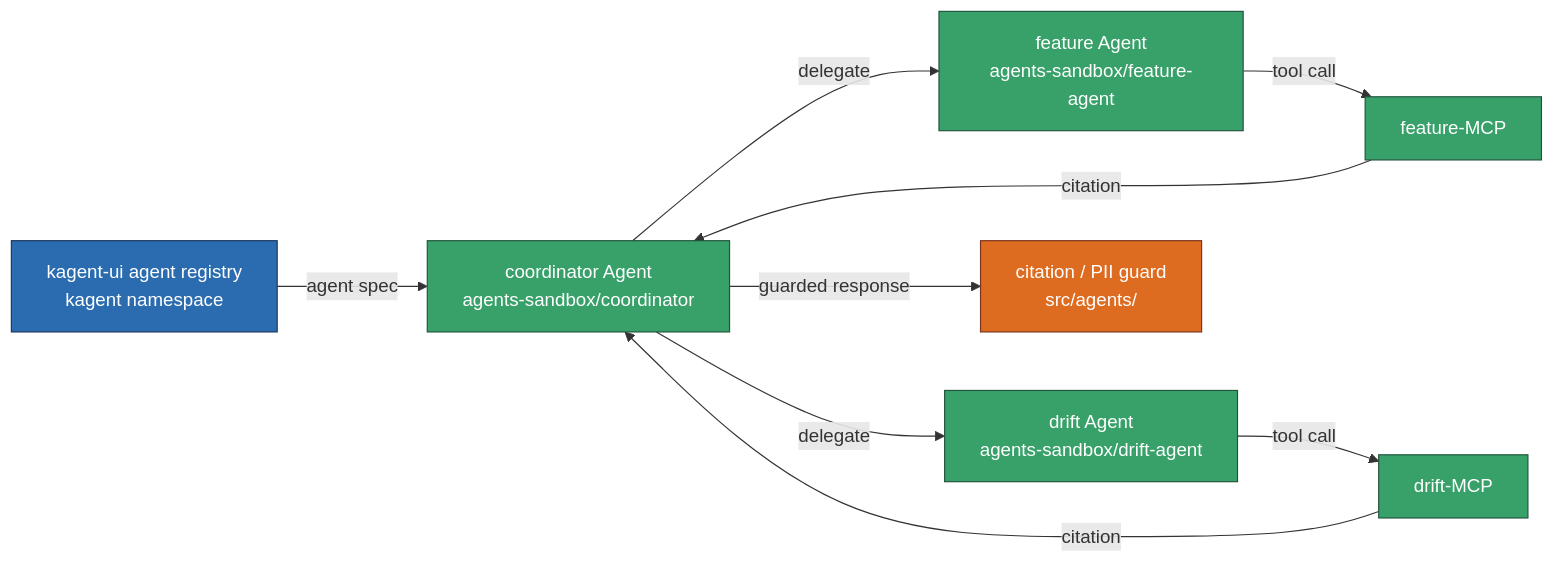
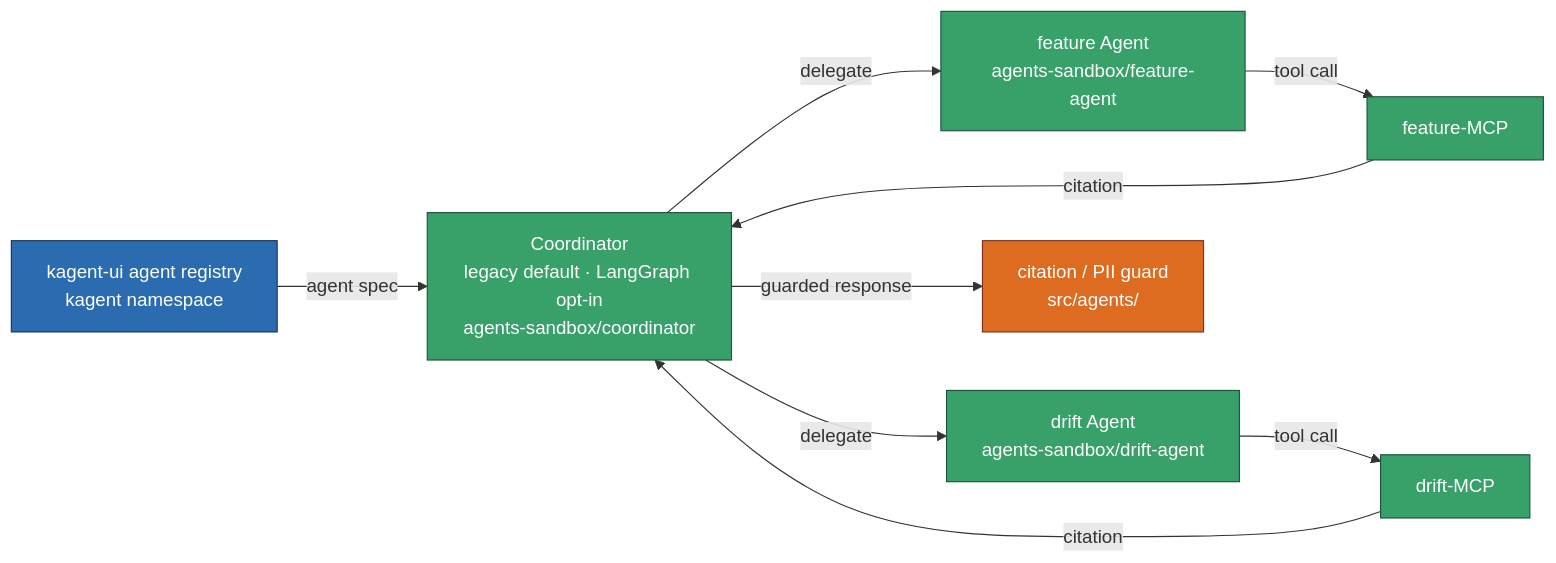
Before and after one commit to emanhthangngot/Financial-Distress-Data: the diagram in docs/architecture/subsystem-04-agent-plane.mmd, drawn with Mermaid. The commit also changed 413 other files, not shown here.

```diff
--- a/docs/architecture/subsystem-04-agent-plane.mmd
+++ b/docs/architecture/subsystem-04-agent-plane.mmd
@@ -1,25 +1,25 @@
 %% Subsystem 4 — agent plane. Nodes trace to the kagent namespace and
 %% agents-sandbox namespace (coordinator, feature-agent, drift-agent pods).
 flowchart LR
     classDef edge fill:#2b6cb0,stroke:#1a365d,color:#fff
     classDef service fill:#38a169,stroke:#22543d,color:#fff
     classDef store fill:#805ad5,stroke:#44337a,color:#fff
     classDef model fill:#d69e2e,stroke:#744210,color:#fff
     classDef result fill:#dd6b20,stroke:#7b341e,color:#fff
 
     REGISTRY["kagent-ui agent registry<br/>kagent namespace"]:::edge
-    COORD["coordinator Agent<br/>agents-sandbox/coordinator"]:::service
+    COORD["Coordinator<br/>legacy default · LangGraph opt-in<br/>agents-sandbox/coordinator"]:::service
     FEATURE["feature Agent<br/>agents-sandbox/feature-agent"]:::service
     DRIFT["drift Agent<br/>agents-sandbox/drift-agent"]:::service
     FMCP["feature-MCP"]:::service
     DMCP["drift-MCP"]:::service
     GUARD["citation / PII guard<br/>src/agents/"]:::result
 
     REGISTRY -->|"agent spec"| COORD
     COORD -->|"delegate"| FEATURE
     COORD -->|"delegate"| DRIFT
     FEATURE -->|"tool call"| FMCP
     DRIFT -->|"tool call"| DMCP
     FMCP -->|"citation"| COORD
     DMCP -->|"citation"| COORD
     COORD -->|"guarded response"| GUARD
```
